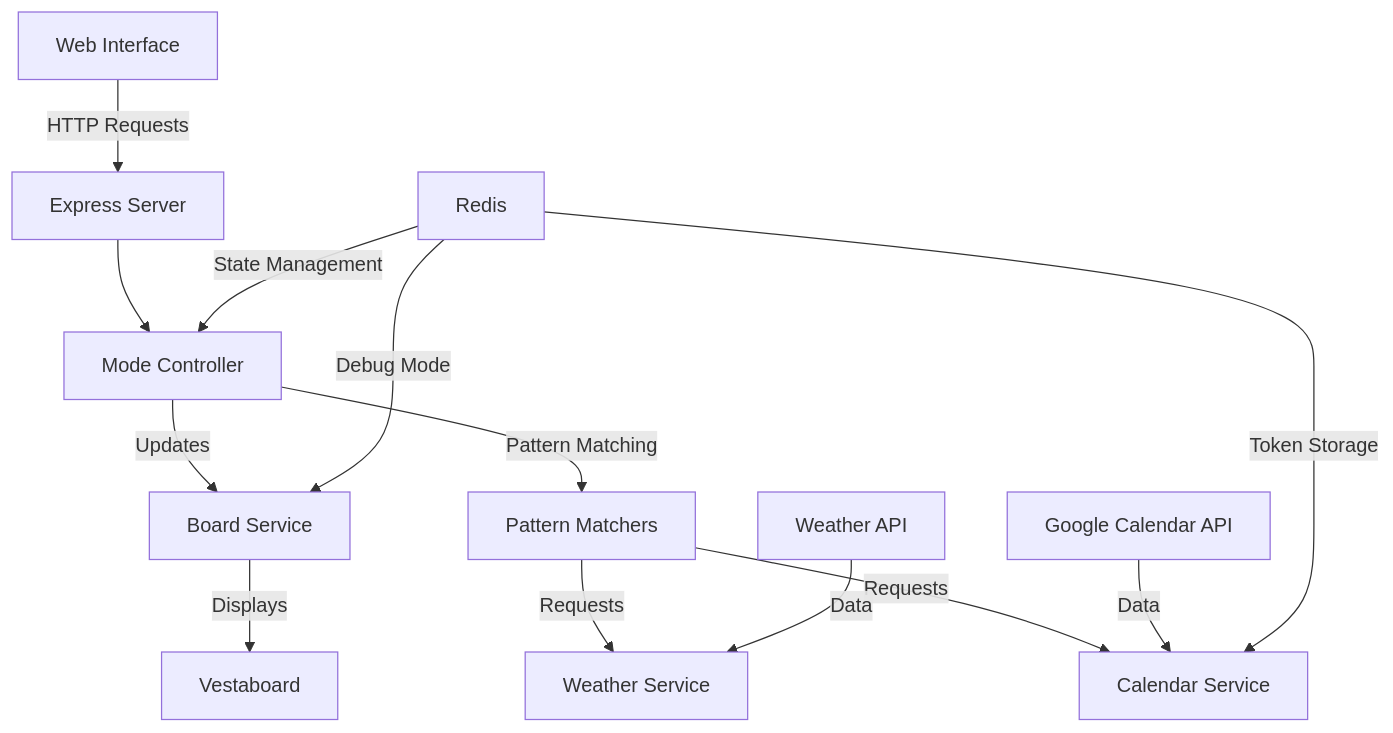
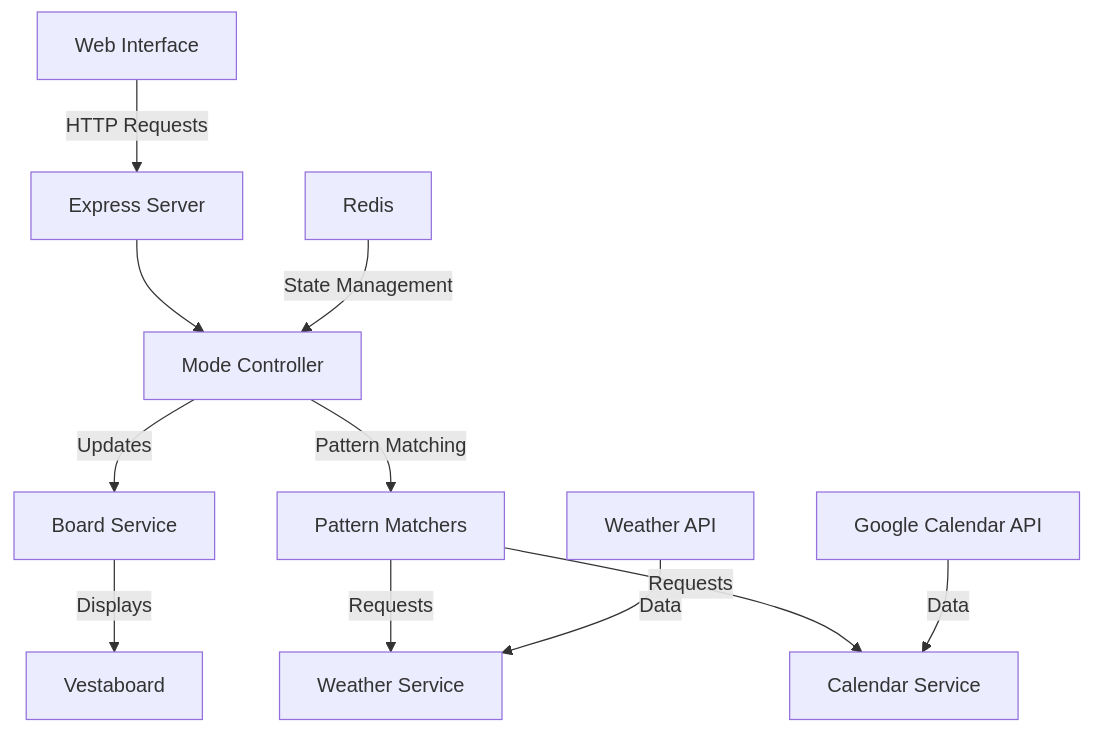
The diagram in README.md (lokesh/vestaboard-server), drawn with Mermaid before and after one commit. The commit also changed other lines of this file and 2 other files, not shown here.

````diff
--- a/README.md
+++ b/README.md
@@ -9,18 +7,16 @@
 ```mermaid
 graph TD
     A[Web Interface] -->|HTTP Requests| B[Express Server]
     B --> C[Mode Controller]
     C -->|Updates| D[Board Service]
     D -->|Displays| E[Vestaboard]
     
     C -->|Pattern Matching| J[Pattern Matchers]
     J -->|Requests| F[Weather Service]
     J -->|Requests| G[Calendar Service]
     
     H[Google Calendar API] -->|Data| G
     I[Weather API] -->|Data| F
     
     K[Redis] -->|State Management| C
-    K -->|Token Storage| G
-    K -->|Debug Mode| D
 ```
````
